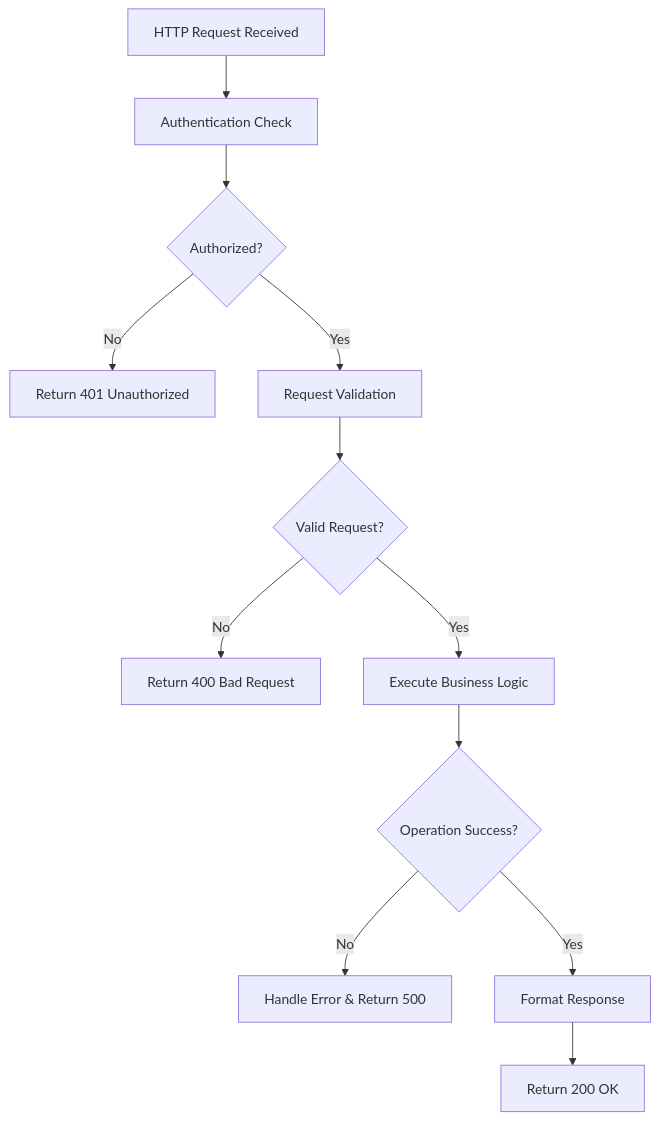
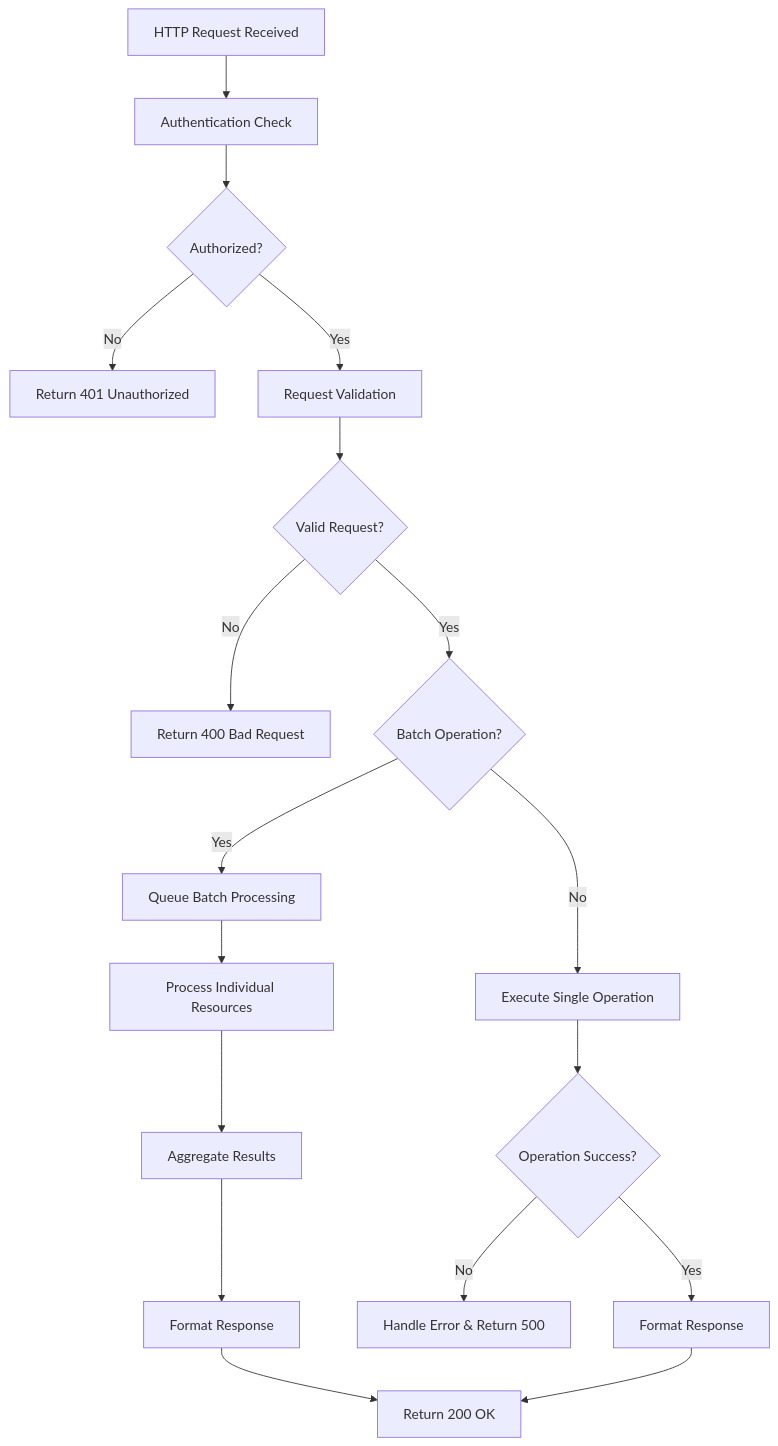
Before and after one commit to 14Lucifer/hackathon_ecs_creator: the fourth of 6 diagrams in .qoder/repowiki/en/content/Frontend Development/Page Components & Routing/Active Resource Monitoring.md, drawn with Mermaid. The commit also changed other lines of this file and 96 other files, not shown here.

````diff
--- a/.qoder/repowiki/en/content/Frontend Development/Page Components & Routing/Active Resource Monitoring.md
+++ b/.qoder/repowiki/en/content/Frontend Development/Page Components & Routing/Active Resource Monitoring.md
@@ -273,14 +282,20 @@
 ```mermaid
 flowchart TD
 A["HTTP Request Received"] --> B["Authentication Check"]
 B --> C{"Authorized?"}
 C --> |No| D["Return 401 Unauthorized"]
 C --> |Yes| E["Request Validation"]
 E --> F{"Valid Request?"}
 F --> |No| G["Return 400 Bad Request"]
-F --> |Yes| H["Execute Business Logic"]
-H --> I{"Operation Success?"}
-I --> |No| J["Handle Error & Return 500"]
-I --> |Yes| K["Format Response"]
-K --> L["Return 200 OK"]
+F --> |Yes| H{"Batch Operation?"}
+H --> |Yes| I["Queue Batch Processing"]
+H --> |No| J["Execute Single Operation"]
+I --> K["Process Individual Resources"]
+J --> L{"Operation Success?"}
+K --> M["Aggregate Results"]
+M --> N["Format Response"]
+L --> |No| O["Handle Error & Return 500"]
+L --> |Yes| P["Format Response"]
+N --> Q["Return 200 OK"]
+P --> Q
 ```
````
